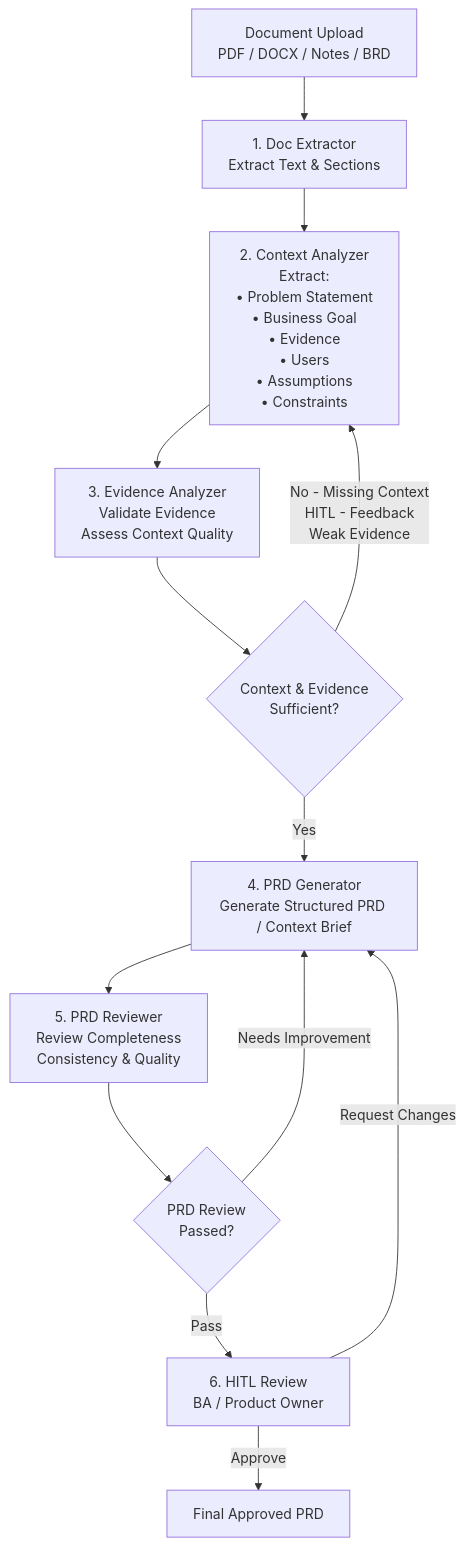
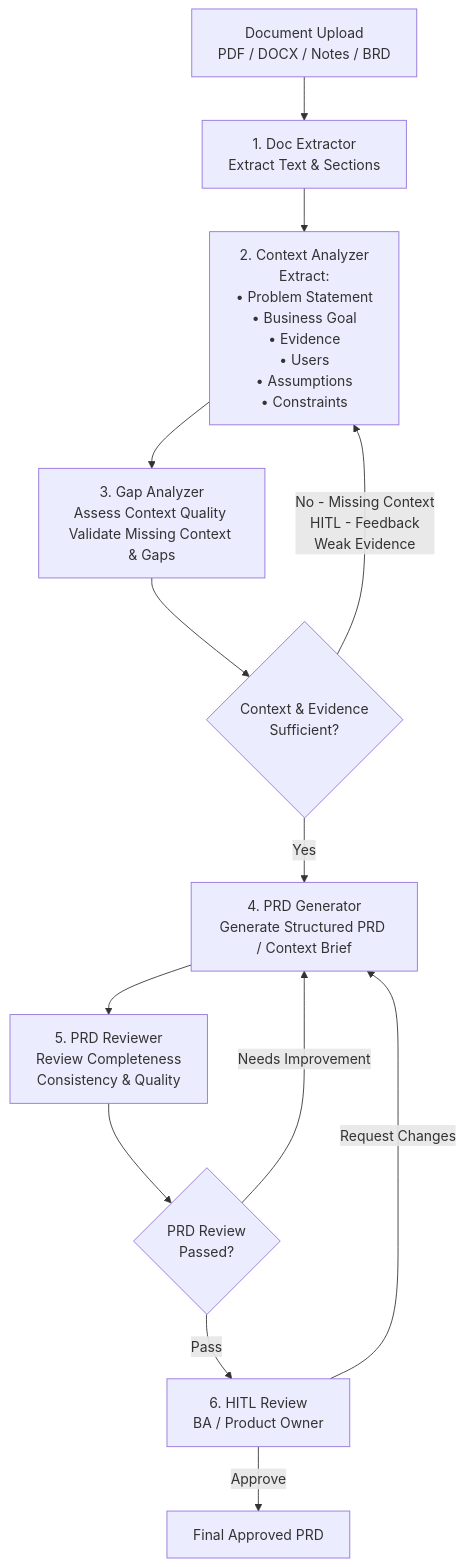
Before and after one commit to neeraj0803/Agentic-AI: the diagram in flowchart.md, drawn with Mermaid. The commit also changed 20 other files, not shown here.

Commit message:
Added Context Analyzer Agent.

````diff
--- a/flowchart.md
+++ b/flowchart.md
@@ -1,42 +1,42 @@
 ```mermaid
 flowchart TD
 
     A[Document Upload<br/>PDF / DOCX / Notes / BRD]
 
     B[1. Doc Extractor<br/>Extract Text & Sections]
 
     C[2. Context Analyzer<br/>Extract:<br/>• Problem Statement<br/>• Business Goal<br/>• Evidence<br/>• Users<br/>• Assumptions<br/>• Constraints]
 
-    D[3. Evidence Analyzer<br/>Validate Evidence<br/>Assess Context Quality]
+    D[3. Gap Analyzer<br/>Assess Context Quality <br/>Validate Missing Context & Gaps]
 
     E{Context & Evidence<br/>Sufficient?}
 
     F[4. PRD Generator<br/>Generate Structured PRD / Context Brief]
 
     G[5. PRD Reviewer<br/>Review Completeness<br/>Consistency & Quality]
 
     H{PRD Review<br/>Passed?}
 
     I[6. HITL Review<br/>BA / Product Owner]
 
     J[Final Approved PRD]
 
     A --> B
     B --> C
     C --> D
 
     D --> E
 
     E -->|No - Missing Context <br/>HITL - Feedback<br/>Weak Evidence| C
     E -->|Yes| F
 
     F --> G
 
     G --> H
 
     H -->|Needs Improvement| F
     H -->|Pass| I
 
     I -->|Request Changes| F
     I -->|Approve| J
 ```
````
